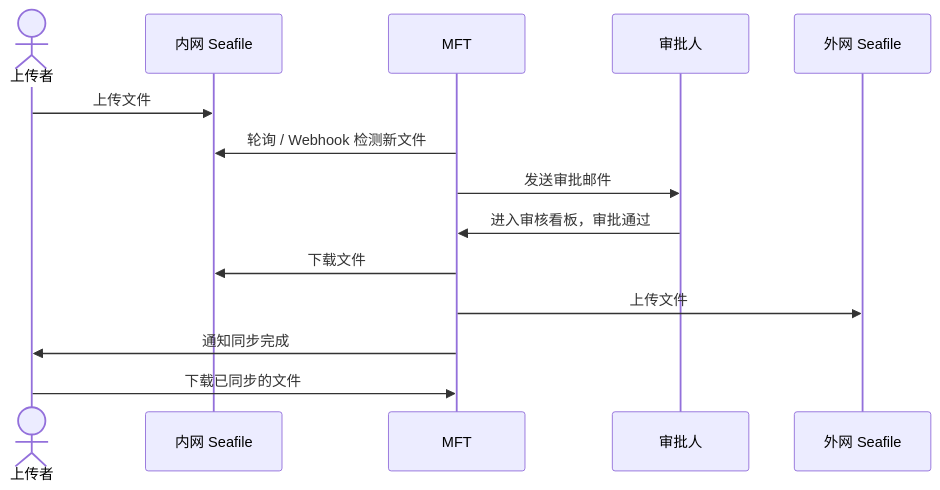
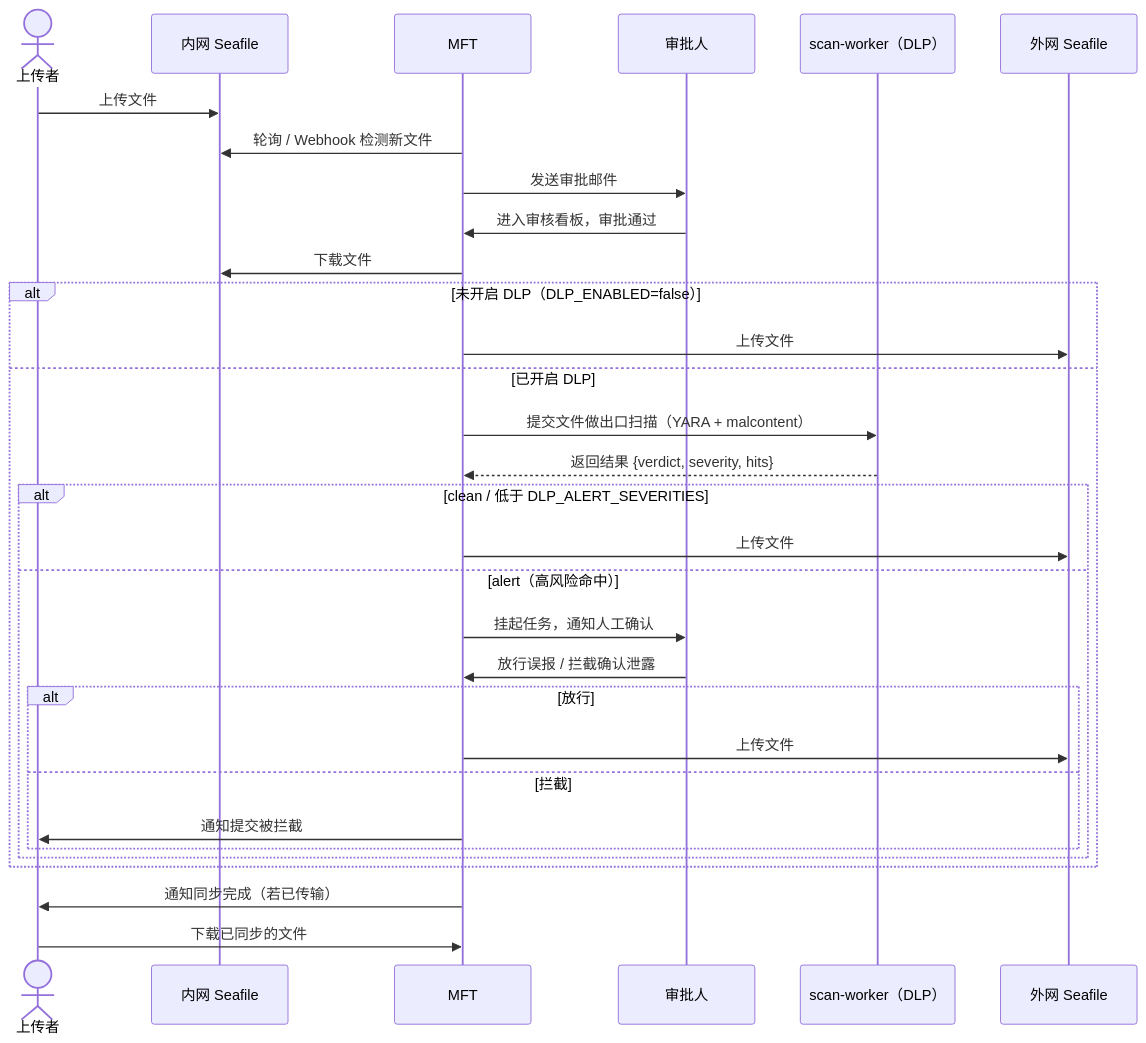
One commit to tangramor/Seafile-MFT changed the third of 3 diagrams in README_zh.md. Above: the diagram before and after it, drawn with Mermaid. The commit also changed 1 other file, not shown here.

````diff
--- a/README_zh.md
+++ b/README_zh.md
@@ -453,17 +453,34 @@
 ```mermaid
 sequenceDiagram
     actor 上传者
     participant 内网 as 内网 Seafile
     participant MFT
     participant 审批人
+    participant DLP as scan-worker（DLP）
     participant 外网 as 外网 Seafile
 
     上传者->>内网: 上传文件
     MFT->>内网: 轮询 / Webhook 检测新文件
     MFT->>审批人: 发送审批邮件
     审批人->>MFT: 进入审核看板，审批通过
     MFT->>内网: 下载文件
-    MFT->>外网: 上传文件
-    MFT->>上传者: 通知同步完成
+    alt 未开启 DLP（DLP_ENABLED=false）
+        MFT->>外网: 上传文件
+    else 已开启 DLP
+        MFT->>DLP: 提交文件做出口扫描（YARA + malcontent）
+        DLP-->>MFT: 返回结果 {verdict, severity, hits}
+        alt clean / 低于 DLP_ALERT_SEVERITIES
+            MFT->>外网: 上传文件
+        else alert（高风险命中）
+            MFT->>审批人: 挂起任务，通知人工确认
+            审批人->>MFT: 放行误报 / 拦截确认泄露
+            alt 放行
+                MFT->>外网: 上传文件
+            else 拦截
+                MFT->>上传者: 通知提交被拦截
+            end
+        end
+    end
+    MFT->>上传者: 通知同步完成（若已传输）
     上传者->>MFT: 下载已同步的文件
 ```
````
